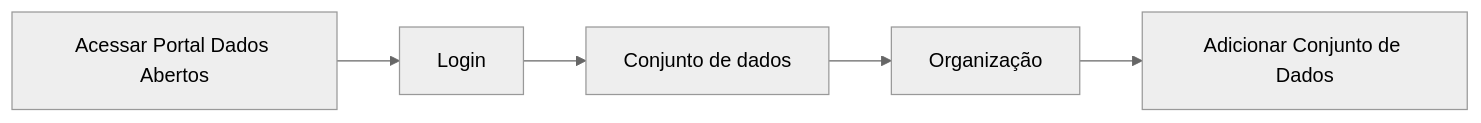
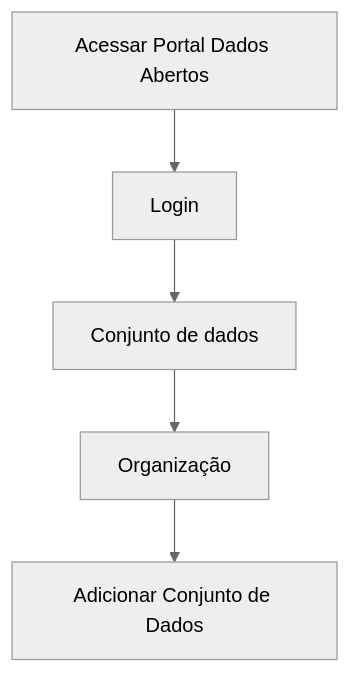
The second of 2 diagrams in docs/estorias_de_usuarios/sprint_04/06_edicao_do_conjunto_de_dados.md (transparencia-mg/work-stefanini), drawn with Mermaid (neutral theme) before and after one commit. The commit also changed other lines of this file and 5 other files, not shown here.

````diff
--- a/docs/estorias_de_usuarios/sprint_04/06_edicao_do_conjunto_de_dados.md
+++ b/docs/estorias_de_usuarios/sprint_04/06_edicao_do_conjunto_de_dados.md
@@ -17,8 +17,8 @@
 ```mermaid
-graph LR;
+graph TD;
     1[Acessar Portal Dados Abertos]-->2;
     2[Login]-->3;
     3[Conjunto de dados]-->4;
     4[Organização] -->5;
     5[Adicionar Conjunto de Dados]
 ```
````
